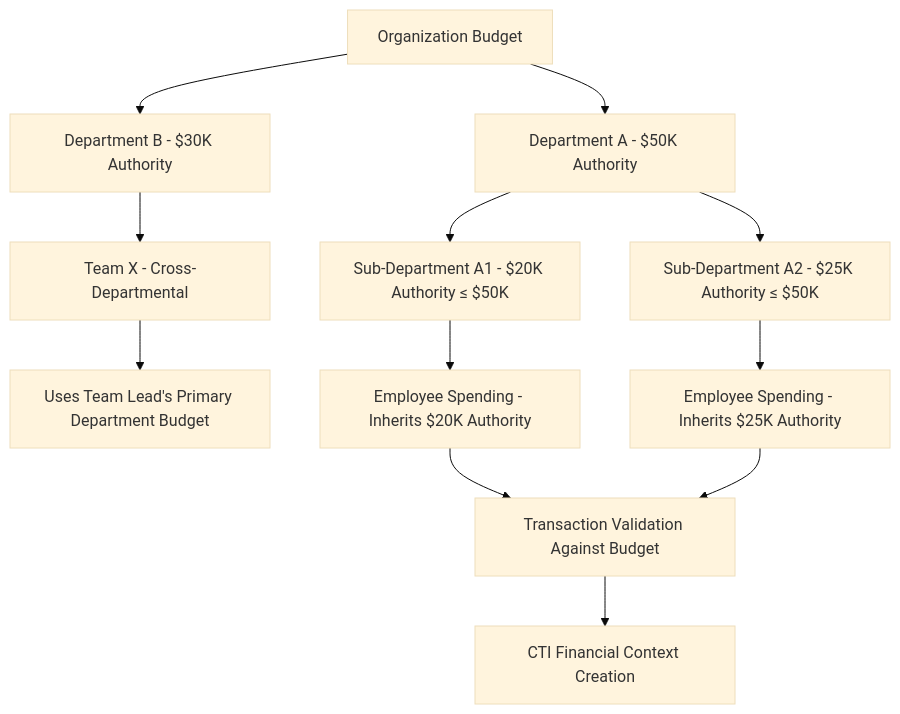
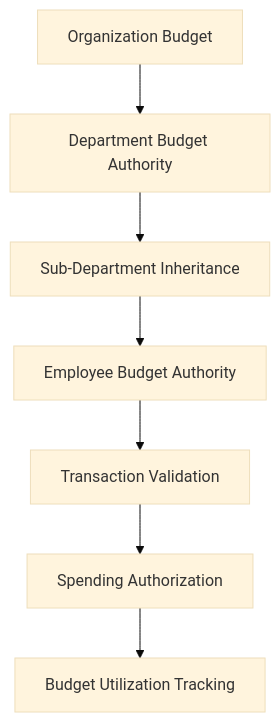
Before and after one commit to DreamEcho100/maze: the fourth of 4 diagrams in apps/volmify-main-server/src/db/schema/org/member/README.md, drawn with Mermaid (base theme). The commit also changed other lines of this file and 17 other files, not shown here.

````diff
--- a/apps/volmify-main-server/src/db/schema/org/member/README.md
+++ b/apps/volmify-main-server/src/db/schema/org/member/README.md
@@ -717,14 +462,9 @@
 ```mermaid
 graph TD
-    A[Organization Budget] --> B[Department A - $50K Authority]
-    A --> C[Department B - $30K Authority]
-    B --> D[Sub-Department A1 - $20K Authority ≤ $50K]
-    B --> E[Sub-Department A2 - $25K Authority ≤ $50K]
-    C --> F[Team X - Cross-Departmental]
-    F --> G[Uses Team Lead's Primary Department Budget]
-    D --> H[Employee Spending - Inherits $20K Authority]
-    E --> I[Employee Spending - Inherits $25K Authority]
-    H --> J[Transaction Validation Against Budget]
-    I --> J
-    J --> K[CTI Financial Context Creation]
+    A[Organization Budget] --> B[Department Budget Authority]
+    B --> C[Sub-Department Inheritance]
+    C --> D[Employee Budget Authority]
+    D --> E[Transaction Validation]
+    E --> F[Spending Authorization]
+    F --> G[Budget Utilization Tracking]
 ```
````
